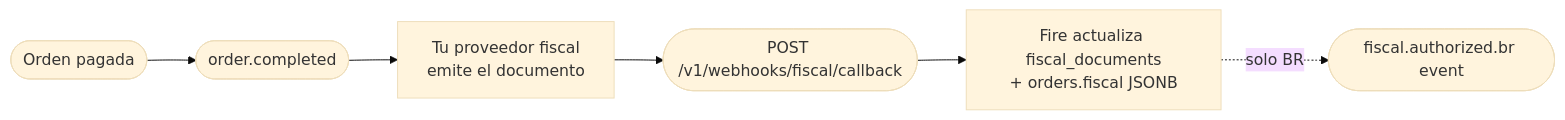
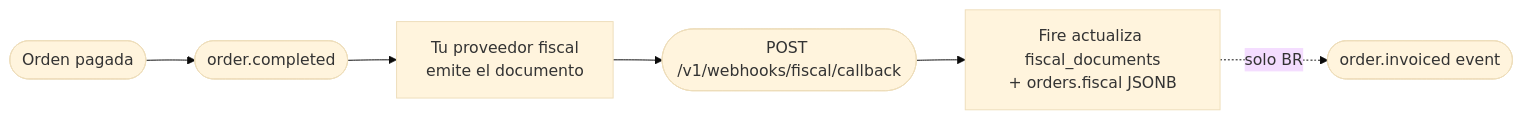
One commit to fire-rest/documentation changed the diagram in es/api-reference/fiscal-callback.mdx. Above: the diagram before and after it, drawn with Mermaid (base theme). The commit also changed other lines of this file and 53 other files, not shown here.

````diff
--- a/es/api-reference/fiscal-callback.mdx
+++ b/es/api-reference/fiscal-callback.mdx
@@ -18,8 +18,8 @@
 ```mermaid
 flowchart LR
     A([Orden pagada]) --> B([order.completed])
     B --> C[Tu proveedor fiscal<br/>emite el documento]
     C --> D([POST /v1/webhooks/fiscal/callback])
     D --> E[Fire actualiza fiscal_documents<br/>+ orders.fiscal JSONB]
-    E -. solo BR .-> F([fiscal.authorized.br event])
+    E -. solo BR .-> F([order.invoiced event])
 ```
````
